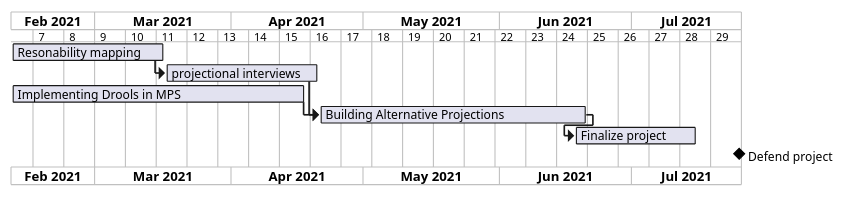
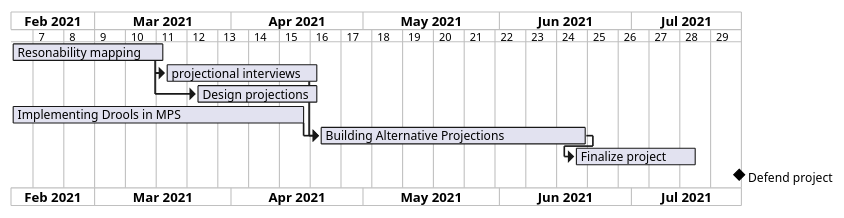
One commit to jewelEarthDeveloper/Thesis2021 changed the diagram in ThesisProposal/images/gantt.wsd. Above: the diagram before and after it, drawn with PlantUML. The commit also changed 10 other files, not shown here.

```diff
--- a/ThesisProposal/images/gantt.wsd
+++ b/ThesisProposal/images/gantt.wsd
@@ -1,15 +1,17 @@
 @startgantt
 printscale weekly
 Project starts the 10th of february 2021
 [Resonability mapping] lasts 35 days
 Then [projectional interviews] lasts 35 days
+[Design projections] lasts 28 days and starts 1 week after [projectional interviews]'s start
 
 [Implementing Drools in MPS] lasts 67 days
 Then [Building Alternative Projections] lasts 61 days
 Then [Finalize project] lasts 4 weeks
 
 [projectional interviews] -> [Building Alternative Projections]
 
+
 [Defend project] happens 25th july 2021
 
 @endgantt
```
